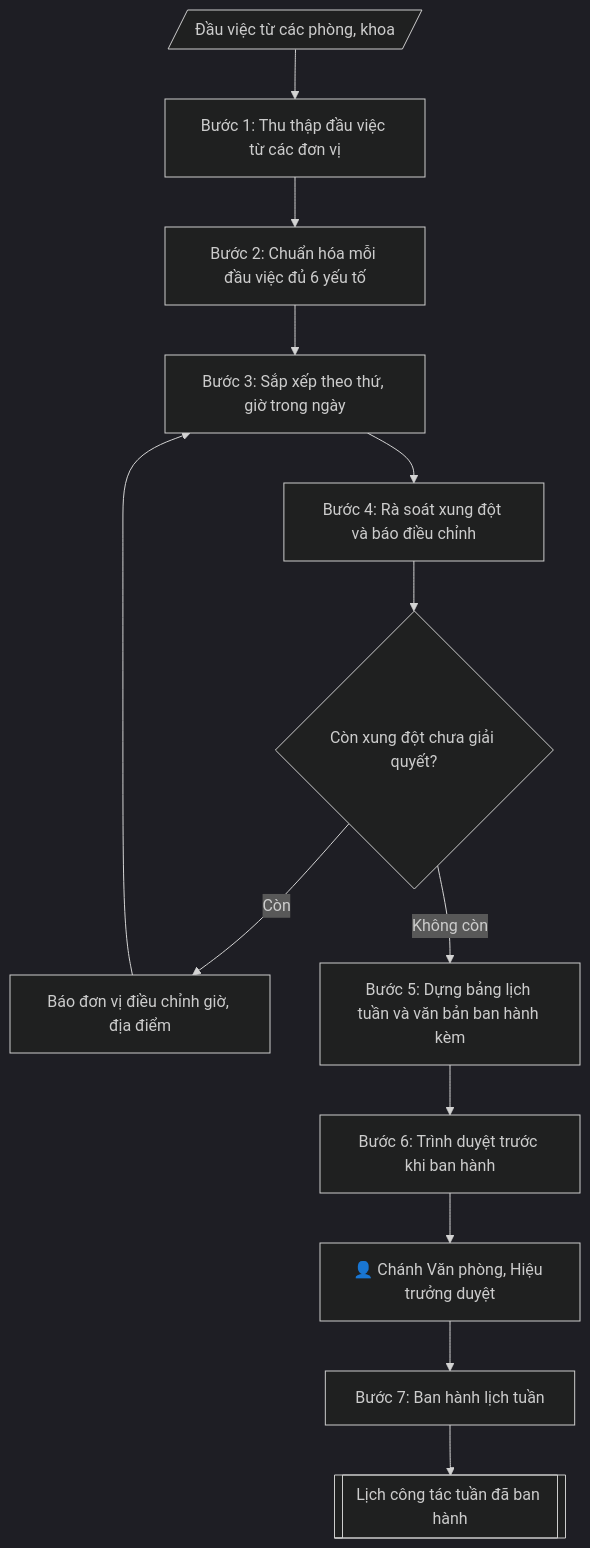
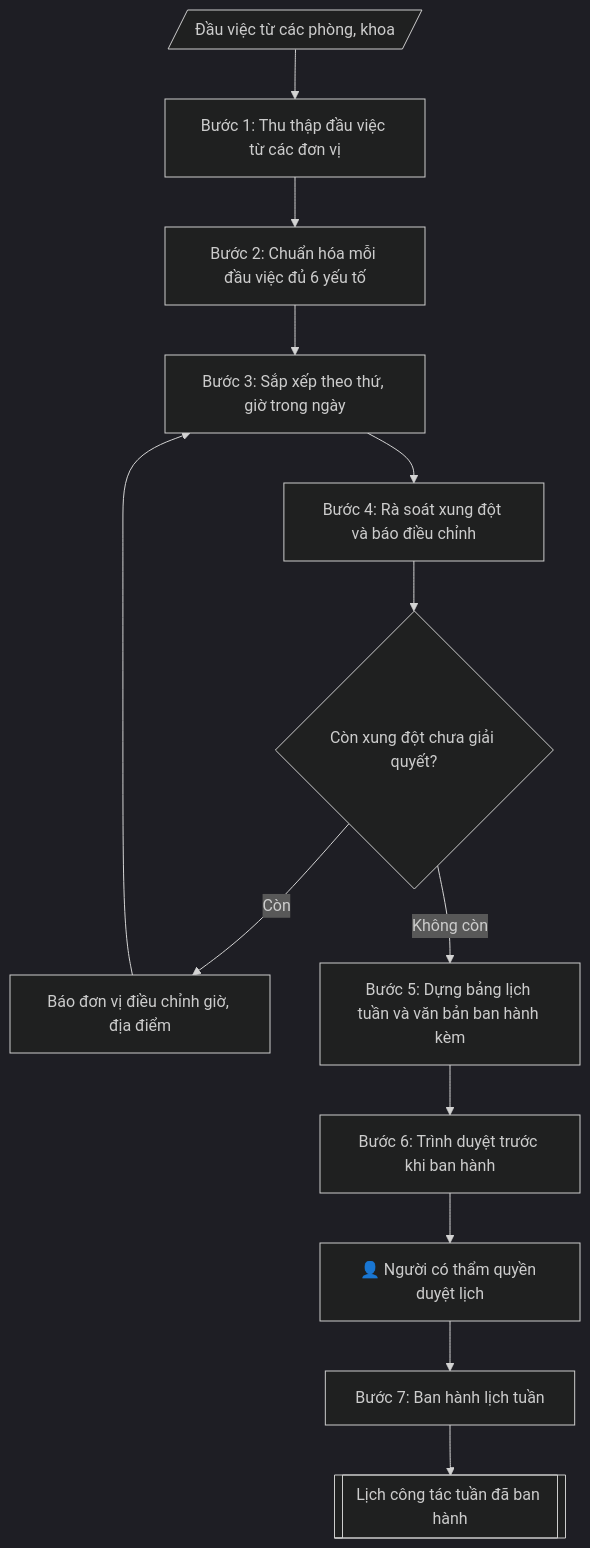
One commit to phamtruong91/dh-skills changed the diagram in skills/lap-lich-cong-tac-tuan/SKILL.md. Above: the diagram before and after it, drawn with Mermaid (dark theme). The commit also changed other lines of this file and 30 other files, not shown here.

````diff
--- a/skills/lap-lich-cong-tac-tuan/SKILL.md
+++ b/skills/lap-lich-cong-tac-tuan/SKILL.md
@@ -87,15 +87,15 @@
 ```mermaid
 flowchart TD
     IN[/"Đầu việc từ các phòng, khoa"/] --> B1["Bước 1: Thu thập đầu việc từ các đơn vị"]
     B1 --> B2["Bước 2: Chuẩn hóa mỗi đầu việc đủ 6 yếu tố"]
     B2 --> B3["Bước 3: Sắp xếp theo thứ, giờ trong ngày"]
     B3 --> B4["Bước 4: Rà soát xung đột và báo điều chỉnh"]
     B4 --> DP{"Còn xung đột chưa giải quyết?"}
     DP -->|Còn| B4A["Báo đơn vị điều chỉnh giờ, địa điểm"]
     B4A --> B3
     DP -->|Không còn| B5["Bước 5: Dựng bảng lịch tuần và văn bản ban hành kèm"]
     B5 --> B6["Bước 6: Trình duyệt trước khi ban hành"]
-    B6 --> HG["👤 Chánh Văn phòng, Hiệu trưởng duyệt"]
+    B6 --> HG["👤 Người có thẩm quyền duyệt lịch"]
     HG --> B7["Bước 7: Ban hành lịch tuần"]
     B7 --> OUT[["Lịch công tác tuần đã ban hành"]]
 ```
````
